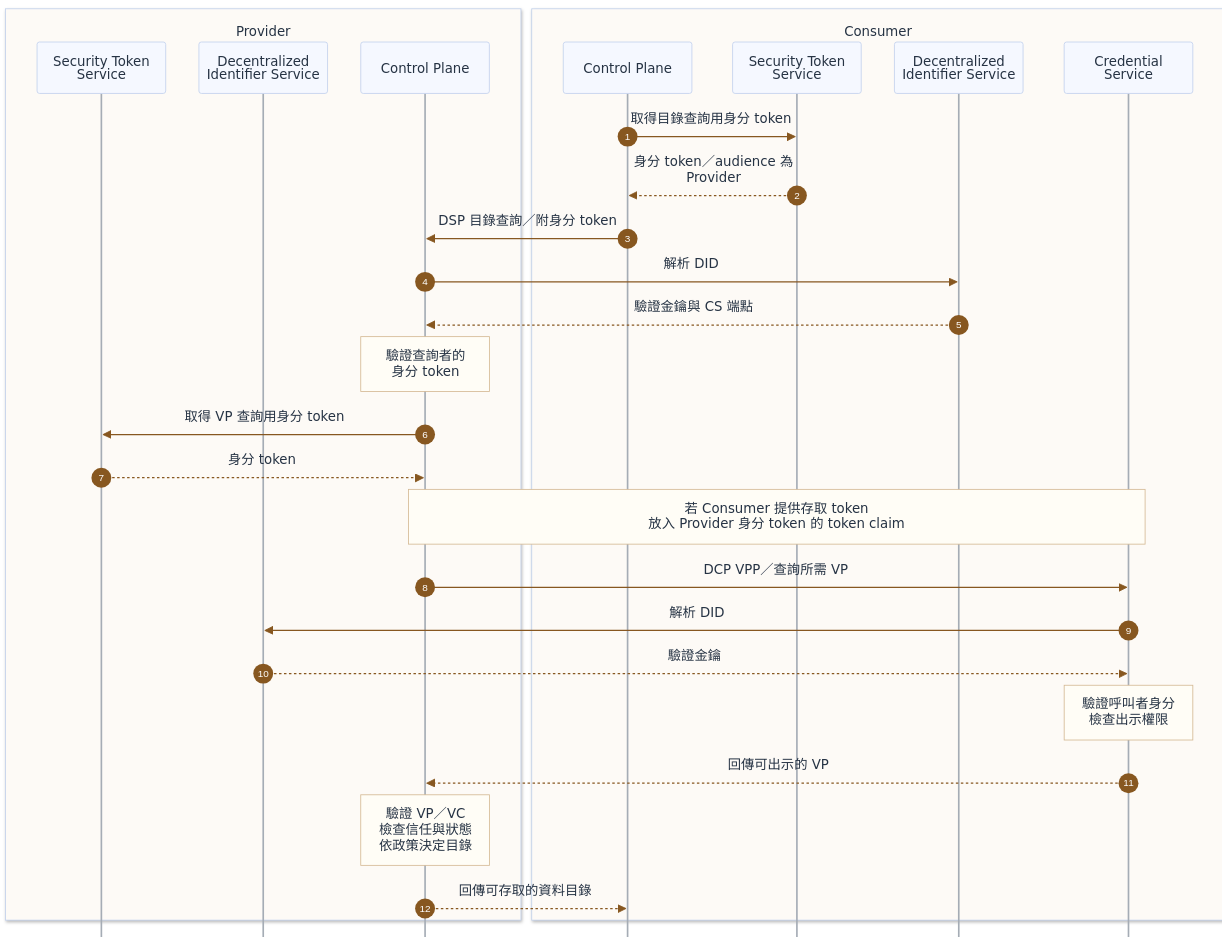
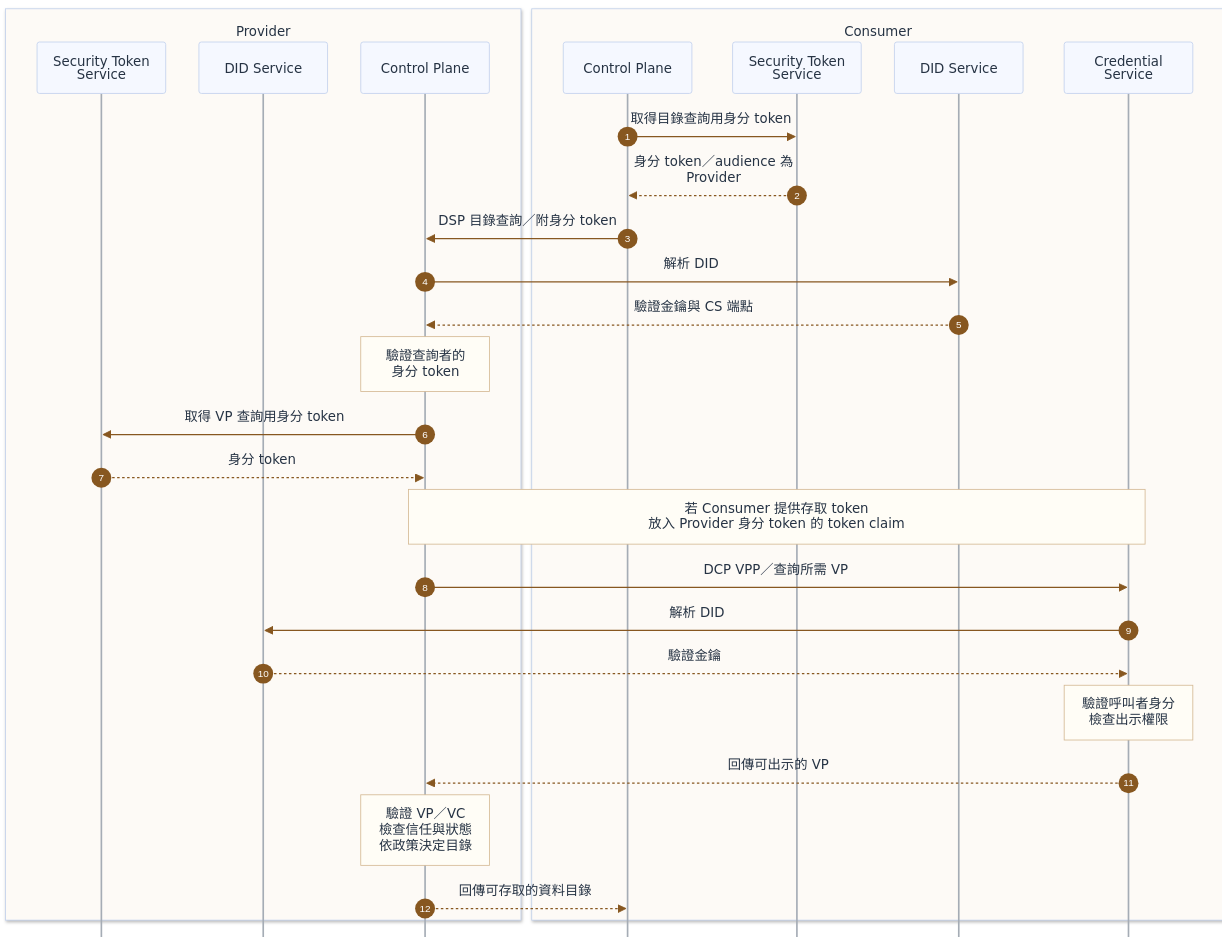
Before and after one commit to lohas1107/data-space: the second of 2 diagrams in docs/catalog-access.md, drawn with Mermaid. The commit also changed other lines of this file and 10 other files, not shown here.

````diff
--- a/docs/catalog-access.md
+++ b/docs/catalog-access.md
@@ -87,70 +87,70 @@
 ```mermaid
 %%{init: {
   "theme": "base",
   "fontFamily": "Noto Sans CJK TC, sans-serif",
   "themeVariables": {
     "fontFamily": "Noto Sans CJK TC, sans-serif",
     "fontSize": "17px",
     "primaryColor": "#f5f8ff",
     "primaryBorderColor": "#c3d2ed",
     "primaryTextColor": "#263344",
     "actorBkg": "#f5f8ff",
     "actorBorder": "#c3d2ed",
     "actorTextColor": "#263344",
     "actorLineColor": "#a5acb5",
     "signalColor": "#875720",
     "signalTextColor": "#263344",
     "noteBkgColor": "#fffdf6",
     "noteBorderColor": "#d4b994",
     "noteTextColor": "#263344",
     "labelBoxBkgColor": "#ffffff",
     "labelBoxBorderColor": "#d4b994",
     "labelTextColor": "#875720",
     "loopTextColor": "#875720",
     "sequenceNumberColor": "#ffffff"
   },
   "sequence": {
     "actorMargin": 40,
     "boxMargin": 14,
     "boxTextMargin": 10,
     "diagramMarginX": 25,
     "diagramMarginY": 20,
     "height": 62,
     "width": 155,
     "noteMargin": 14,
     "messageMargin": 38,
     "mirrorActors": false,
     "useMaxWidth": false,
     "wrap": true
   }
 }}%%
 sequenceDiagram
     autonumber
     box rgb(253,250,246) Provider
         participant PSTS as Security Token<br/>Service
-        participant PDID as Decentralized<br/>Identifier Service
+        participant PDID as DID Service
         participant P as Control Plane
     end
     box rgb(253,250,246) Consumer
         participant C as Control Plane
         participant CSTS as Security Token<br/>Service
-        participant CDID as Decentralized<br/>Identifier Service
+        participant CDID as DID Service
         participant CCS as Credential Service
     end
     C->>CSTS: 取得目錄查詢用身分 token
     CSTS-->>C: 身分 token／audience 為 Provider
     C->>P: DSP 目錄查詢／附身分 token
     P->>CDID: 解析 DID
     CDID-->>P: 驗證金鑰與 CS 端點
     Note over P: 驗證查詢者的<br/>身分 token
     P->>PSTS: 取得 VP 查詢用身分 token
     PSTS-->>P: 身分 token
     Note over P,CCS: 若 Consumer 提供存取 token<br/>放入 Provider 身分 token 的 token claim
     P->>CCS: DCP VPP／查詢所需 VP
     CCS->>PDID: 解析 DID
     PDID-->>CCS: 驗證金鑰
     Note over CCS: 驗證呼叫者身分<br/>檢查出示權限
     CCS-->>P: 回傳可出示的 VP
     Note over P: 驗證 VP／VC<br/>檢查信任與狀態<br/>依政策決定目錄
     P-->>C: 回傳可存取的資料目錄
 ```
````
